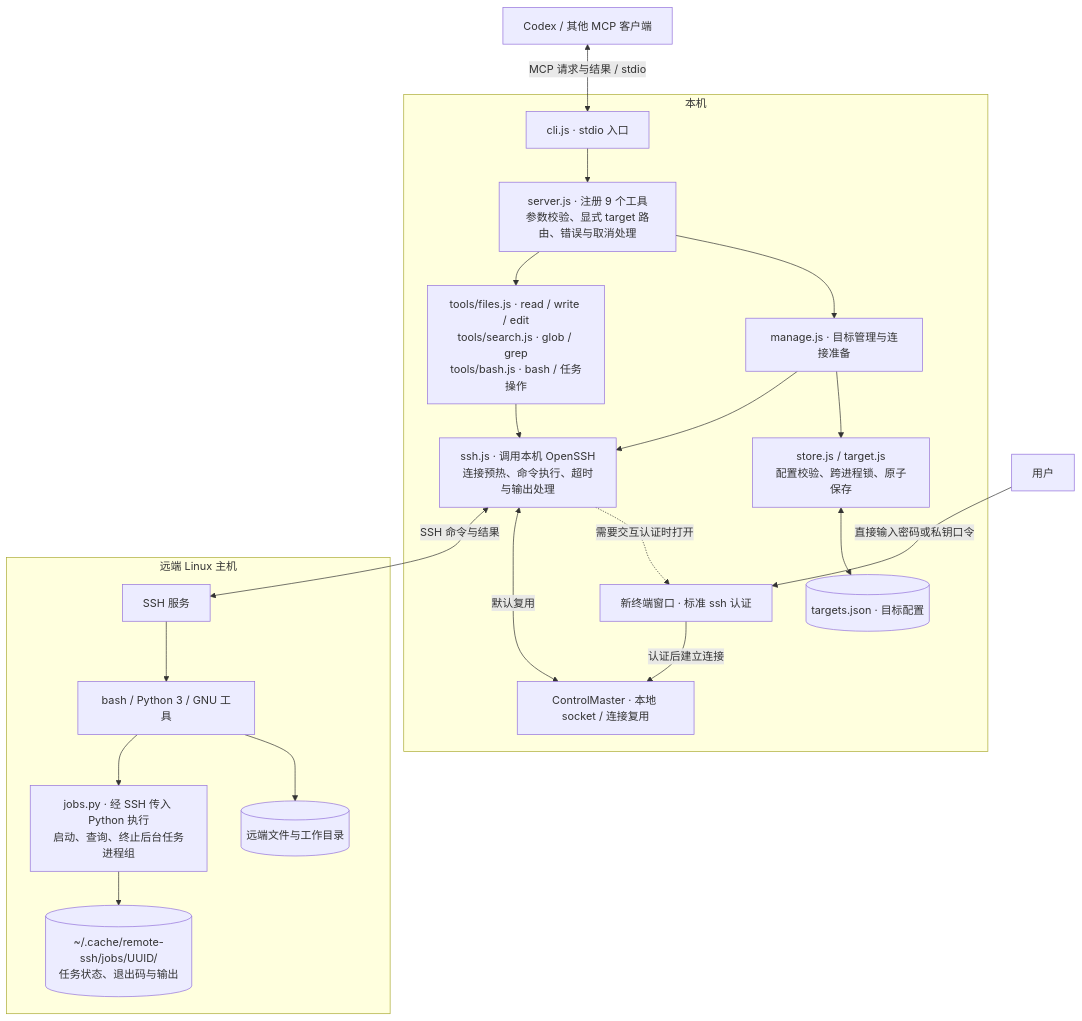
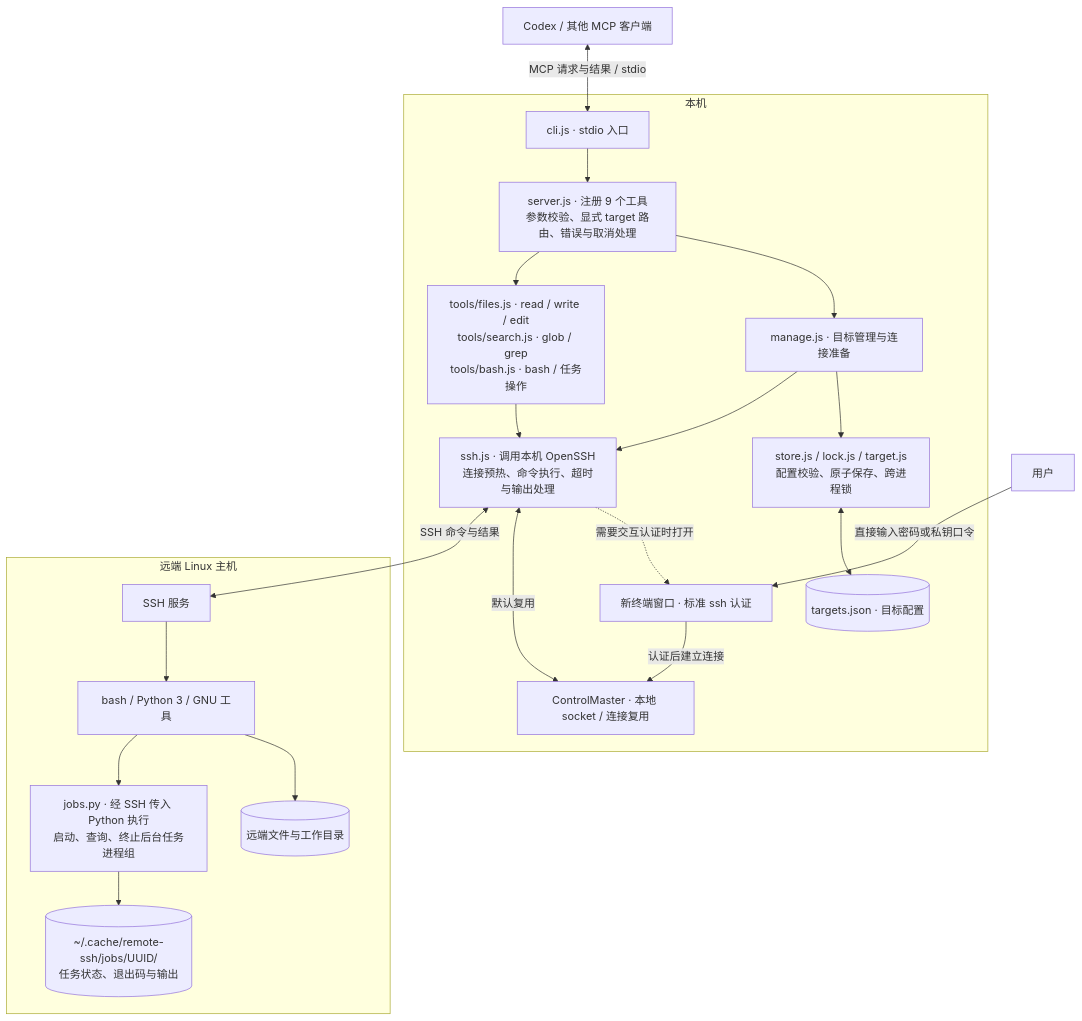
The diagram in README.md (seek-hope/Remote-SSH-MCP), drawn with Mermaid before and after one commit. The commit also changed other lines of this file and 18 other files, not shown here.

````diff
--- a/README.md
+++ b/README.md
@@ -9,45 +9,45 @@
 ```mermaid
 flowchart TB
     Client["Codex / 其他 MCP 客户端"]
     User["用户"]
 
     subgraph Local["本机"]
         CLI["cli.js · stdio 入口"]
         Server["server.js · 注册 9 个工具<br/>参数校验、显式 target 路由、错误与取消处理"]
         Manage["manage.js · 目标管理与连接准备"]
-        Store["store.js / target.js<br/>配置校验、跨进程锁、原子保存"]
+        Store["store.js / lock.js / target.js<br/>配置校验、原子保存、跨进程锁"]
         Targets[("targets.json · 目标配置")]
         Tools["tools/files.js · read / write / edit<br/>tools/search.js · glob / grep<br/>tools/bash.js · bash / 任务操作"]
         SSH["ssh.js · 调用本机 OpenSSH<br/>连接预热、命令执行、超时与输出处理"]
         Terminal["新终端窗口 · 标准 ssh 认证"]
         Master["ControlMaster · 本地 socket / 连接复用"]
 
         CLI --> Server
         Server --> Manage
         Manage --> Store
         Store <--> Targets
         Server --> Tools
         Manage --> SSH
         Tools --> SSH
         SSH -. "需要交互认证时打开" .-> Terminal
         Terminal -->|认证后建立连接| Master
         SSH <-->|默认复用| Master
     end
 
     subgraph Remote["远端 Linux 主机"]
         SSHD["SSH 服务"]
         Commands["bash / Python 3 / GNU 工具"]
         Files[("远端文件与工作目录")]
         Jobs["jobs.py · 经 SSH 传入 Python 执行<br/>启动、查询、终止后台任务进程组"]
         Logs[("~/.cache/remote-ssh/jobs/UUID/<br/>任务状态、退出码与输出")]
 
         SSHD --> Commands
         Commands --> Files
         Commands --> Jobs
         Jobs --> Logs
     end
 
     Client <-->|MCP 请求与结果 / stdio| CLI
     User -->|直接输入密码或私钥口令| Terminal
     SSH <-->|SSH 命令与结果| SSHD
 ```
````
